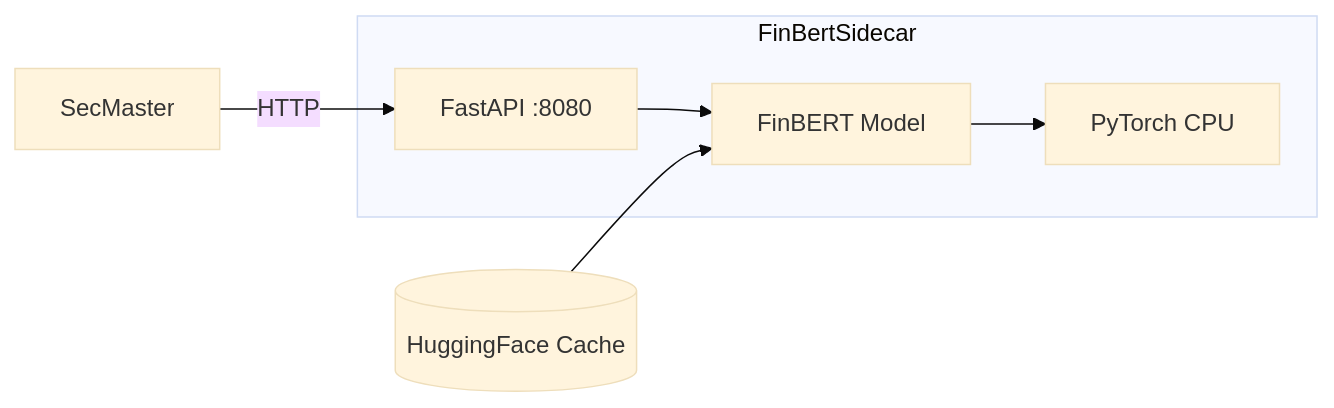
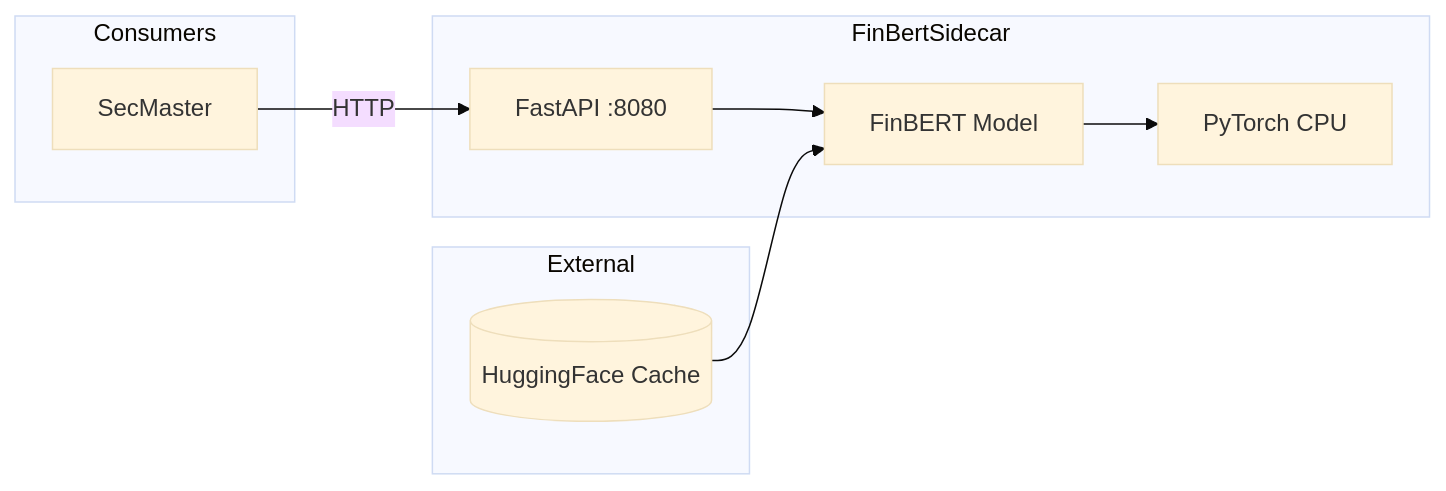
The diagram in FinBertSidecar/README.md (jpansarasa/ATLAS-Docs), drawn with Mermaid (base theme) before and after one commit. The commit also changed other lines of this file and 17 other files, not shown here.

````diff
--- a/FinBertSidecar/README.md
+++ b/FinBertSidecar/README.md
@@ -11,13 +11,20 @@
 ```mermaid
 flowchart LR
+    subgraph Consumers
+        SM[SecMaster]
+    end
+
     subgraph FinBertSidecar
         API[FastAPI :8080]
         MODEL[FinBERT Model]
         TORCH[PyTorch CPU]
     end
 
-    SM[SecMaster] -->|HTTP| API
-    API --> MODEL
-    MODEL --> TORCH
-    HF[(HuggingFace Cache)] --> MODEL
+    subgraph External
+        HF[(HuggingFace Cache)]
+    end
+
+    SM -->|HTTP| API
+    API --> MODEL --> TORCH
+    HF --> MODEL
 ```
````
